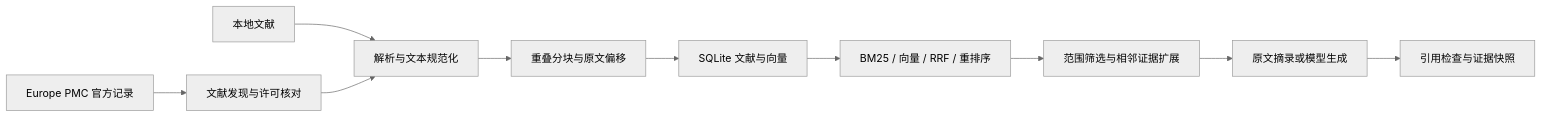
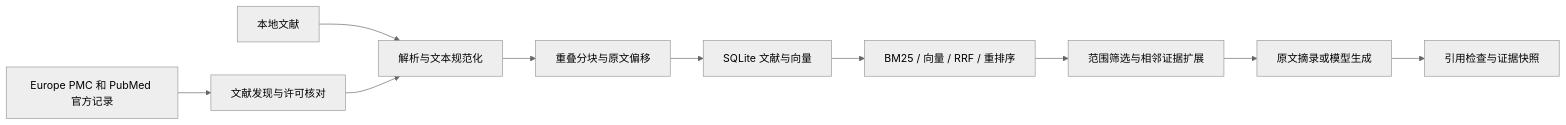
One commit to lambz1228/RAG- changed the diagram in docs/架构设计.md. Above: the diagram before and after it, drawn with Mermaid (neutral theme). The commit also changed other lines of this file and 19 other files, not shown here.

````diff
--- a/docs/架构设计.md
+++ b/docs/架构设计.md
@@ -5,12 +5,12 @@
 ```mermaid
 flowchart LR
-  A[Europe PMC 官方记录] --> B[文献发现与许可核对]
+  A[Europe PMC 和 PubMed 官方记录] --> B[文献发现与许可核对]
   C[本地文献] --> D[解析与文本规范化]
   B --> D
   D --> E[重叠分块与原文偏移]
   E --> F[SQLite 文献与向量]
   F --> G[BM25 / 向量 / RRF / 重排序]
   G --> H[范围筛选与相邻证据扩展]
   H --> I[原文摘录或模型生成]
   I --> J[引用检查与证据快照]
 ```
````
